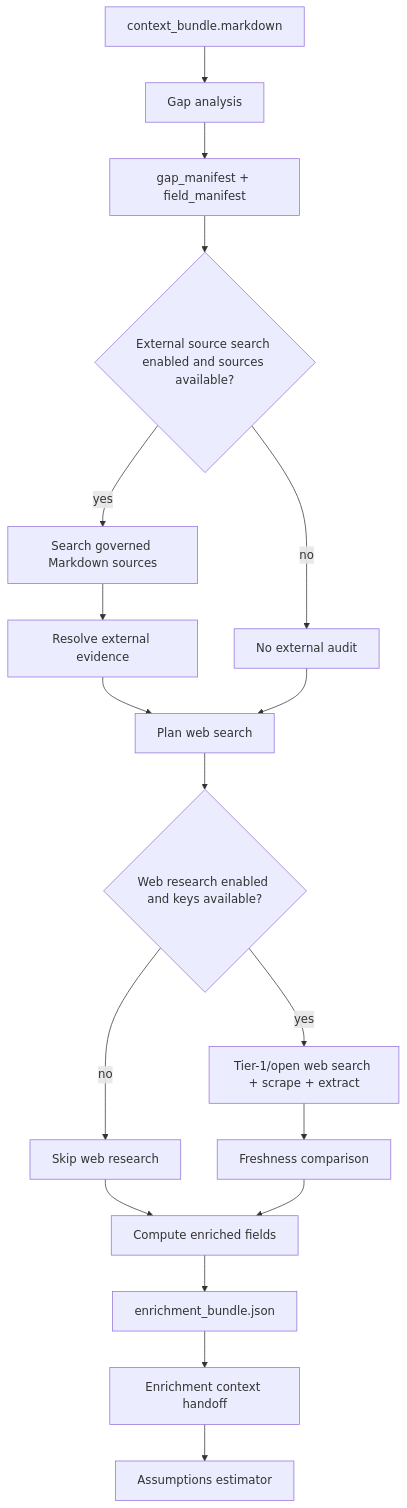
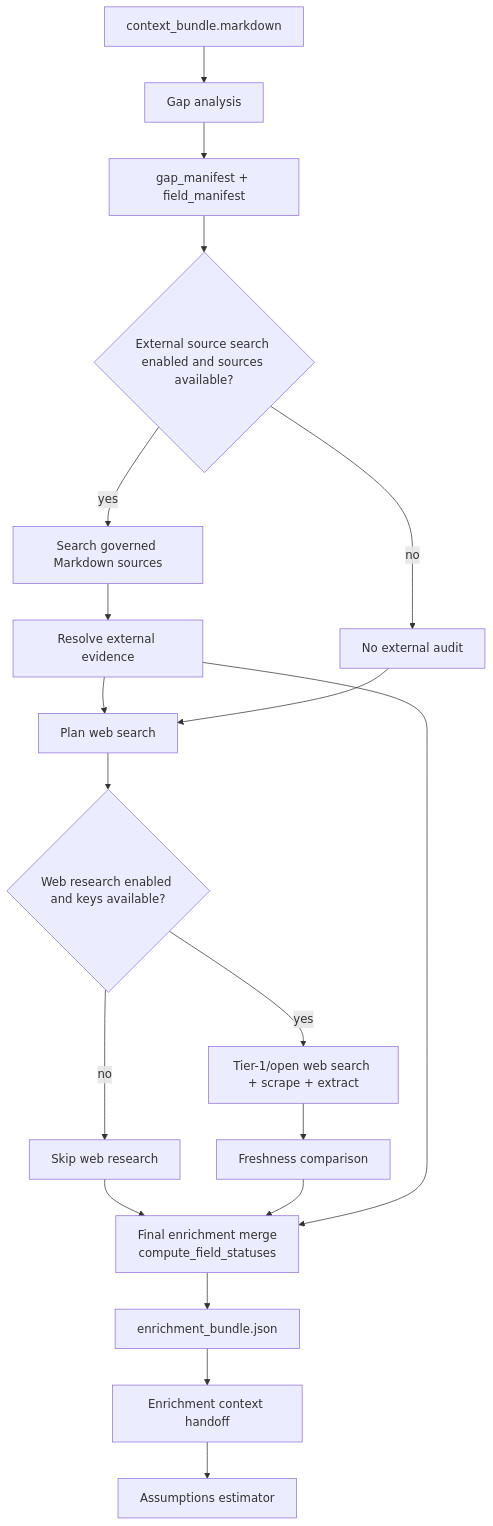
The diagram in docs/pipeline/05_enrichment-overview.md (Open-Earth-Foundation/Query_mechanism_urbind), drawn with Mermaid before and after one commit. The commit also changed other lines of this file and 7 other files, not shown here.

````diff
--- a/docs/pipeline/05_enrichment-overview.md
+++ b/docs/pipeline/05_enrichment-overview.md
@@ -19,20 +20,21 @@
 ```mermaid
 flowchart TD
     A[context_bundle.markdown] --> B[Gap analysis]
     B --> C[gap_manifest + field_manifest]
     C --> D{External source search enabled and sources available?}
     D -- yes --> E[Search governed Markdown sources]
     E --> F[Resolve external evidence]
     D -- no --> G[No external audit]
     F --> H[Plan web search]
     G --> H
     H --> I{Web research enabled and keys available?}
     I -- yes --> J[Tier-1/open web search + scrape + extract]
     I -- no --> K[Skip web research]
     J --> L[Freshness comparison]
-    K --> M[Compute enriched fields]
+    K --> M[Final enrichment merge<br/>compute_field_statuses]
     L --> M
+    F --> M
     M --> N[enrichment_bundle.json]
     N --> O[Enrichment context handoff]
     O --> P[Assumptions estimator]
 ```
````
